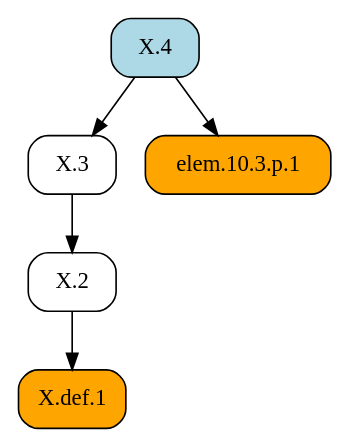
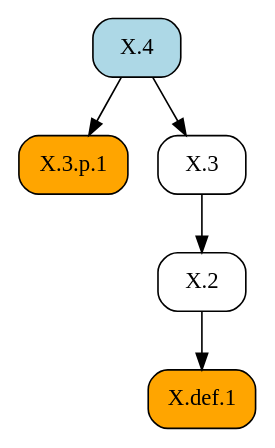
Before and after one commit to geometor/elements: the diagram in docsrc/heath/X/4/index.rst, drawn with Graphviz. The commit also changed other lines of this file and 484 other files, not shown here.

```diff
--- a/docsrc/heath/X/4/index.rst
+++ b/docsrc/heath/X/4/index.rst
@@ -72,15 +78,15 @@
 .. graphviz::
 
    digraph {
      rankdir="TB";
      node [shape=box, style=rounded];
+     "X.def.1" [style="rounded,filled", fillcolor=orange, URL="/heath/X/def.1/", target="_top"];
      "X.4" [style="rounded,filled", fillcolor=lightblue, URL="/heath/X/4/", target="_top"];
+     "X.3.p.1" [style="rounded,filled", fillcolor=orange];
      "X.2" [URL="/heath/X/2/", target="_top"];
      "X.3" [URL="/heath/X/3/", target="_top"];
-     "X.def.1" [style="rounded,filled", fillcolor=orange, URL="/heath/X/def.1/", target="_top"];
-     "elem.10.3.p.1" [style="rounded,filled", fillcolor=orange];
+     "X.2" -> "X.def.1";
+     "X.4" -> "X.3.p.1";
      "X.3" -> "X.2";
      "X.4" -> "X.3";
-     "X.2" -> "X.def.1";
-     "X.4" -> "elem.10.3.p.1";
    }
```
